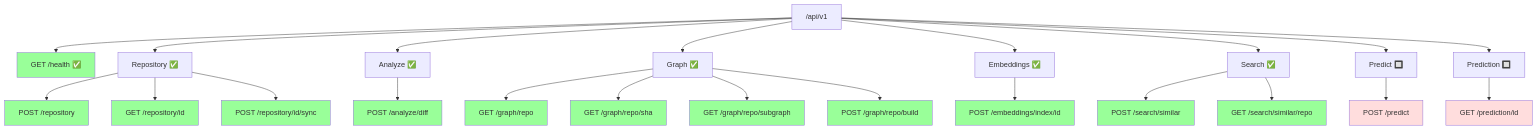
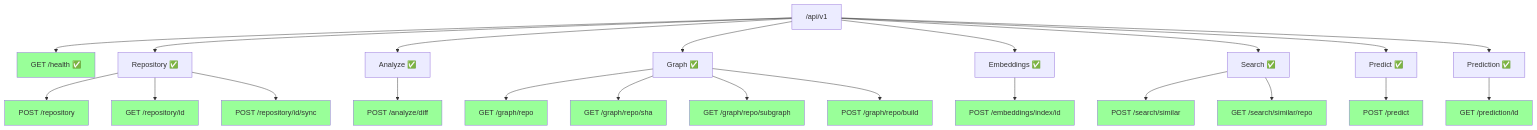
One commit to berkayvuranok/ImpactAI changed diagram 13 of 16 in README.md. Above: the diagram before and after it, drawn with Mermaid. The commit also changed other lines of this file and 25 other files, not shown here.

````diff
--- a/README.md
+++ b/README.md
@@ -349,47 +349,47 @@
 ```mermaid
 flowchart TB
     API["/api/v1"]
 
     API --> H[GET /health ✅]
     API --> REP[Repository ✅]
     API --> AN[Analyze ✅]
     API --> GR[Graph ✅]
     API --> EM[Embeddings ✅]
     API --> SR[Search ✅]
-    API --> PR[Predict 🔲]
-    API --> PD[Prediction 🔲]
+    API --> PR[Predict ✅]
+    API --> PD[Prediction ✅]
 
     REP --> R1[POST /repository]
     REP --> R2[GET /repository/id]
     REP --> R3[POST /repository/id/sync]
 
     AN --> A1[POST /analyze/diff]
 
     GR --> G1[GET /graph/repo]
     GR --> G2[GET /graph/repo/sha]
     GR --> G3[GET /graph/repo/subgraph]
     GR --> G4[POST /graph/repo/build]
 
     EM --> E1[POST /embeddings/index/id]
 
     SR --> S1[POST /search/similar]
     SR --> S2[GET /search/similar/repo]
 
     PR --> P1[POST /predict]
     PD --> P2[GET /prediction/id]
 
     style H fill:#9f9
     style R1 fill:#9f9
     style R2 fill:#9f9
     style R3 fill:#9f9
     style A1 fill:#9f9
     style G1 fill:#9f9
     style G2 fill:#9f9
     style G3 fill:#9f9
     style G4 fill:#9f9
     style E1 fill:#9f9
     style S1 fill:#9f9
     style S2 fill:#9f9
-    style P1 fill:#fdd
-    style P2 fill:#fdd
+    style P1 fill:#9f9
+    style P2 fill:#9f9
 ```
````
